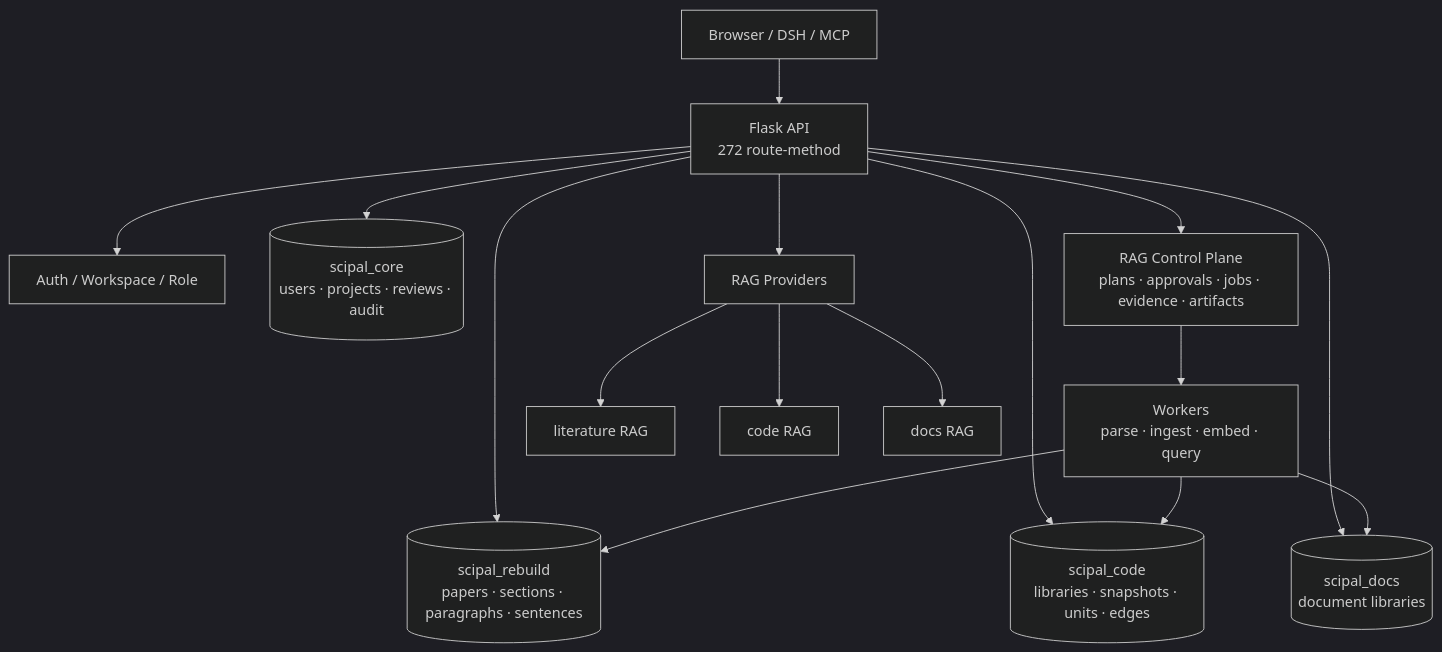
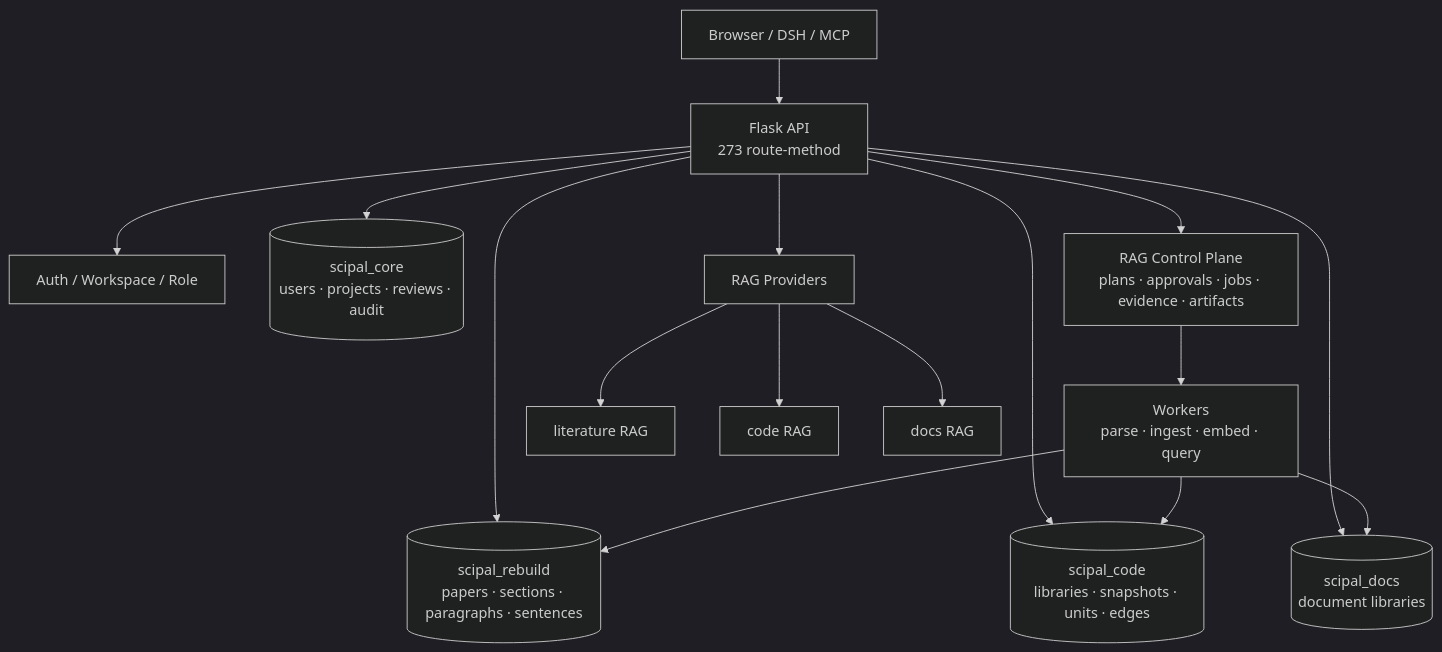
Before and after one commit to williamchen520/sci-pal: the first of 2 diagrams in README.md, drawn with Mermaid (dark theme). The commit also changed other lines of this file and 11 other files, not shown here.

````diff
--- a/README.md
+++ b/README.md
@@ -77,20 +77,20 @@
 ```mermaid
 flowchart TB
-    U["Browser / DSH / MCP"] --> API["Flask API<br/>272 route-method"]
+    U["Browser / DSH / MCP"] --> API["Flask API<br/>273 route-method"]
     API --> AUTH["Auth / Workspace / Role"]
     API --> CORE[("scipal_core<br/>users · projects · reviews · audit")]
     API --> CORPUS[("scipal_rebuild<br/>papers · sections · paragraphs · sentences")]
     API --> CODE[("scipal_code<br/>libraries · snapshots · units · edges")]
     API --> DOCS[("scipal_docs<br/>document libraries")]
 
     API --> CP["RAG Control Plane<br/>plans · approvals · jobs · evidence · artifacts"]
     CP --> WORKER["Workers<br/>parse · ingest · embed · query"]
     WORKER --> CORPUS
     WORKER --> CODE
     WORKER --> DOCS
 
     API --> PROV["RAG Providers"]
     PROV --> LIT["literature RAG"]
     PROV --> CRAG["code RAG"]
     PROV --> DRAG["docs RAG"]
 ```
````
